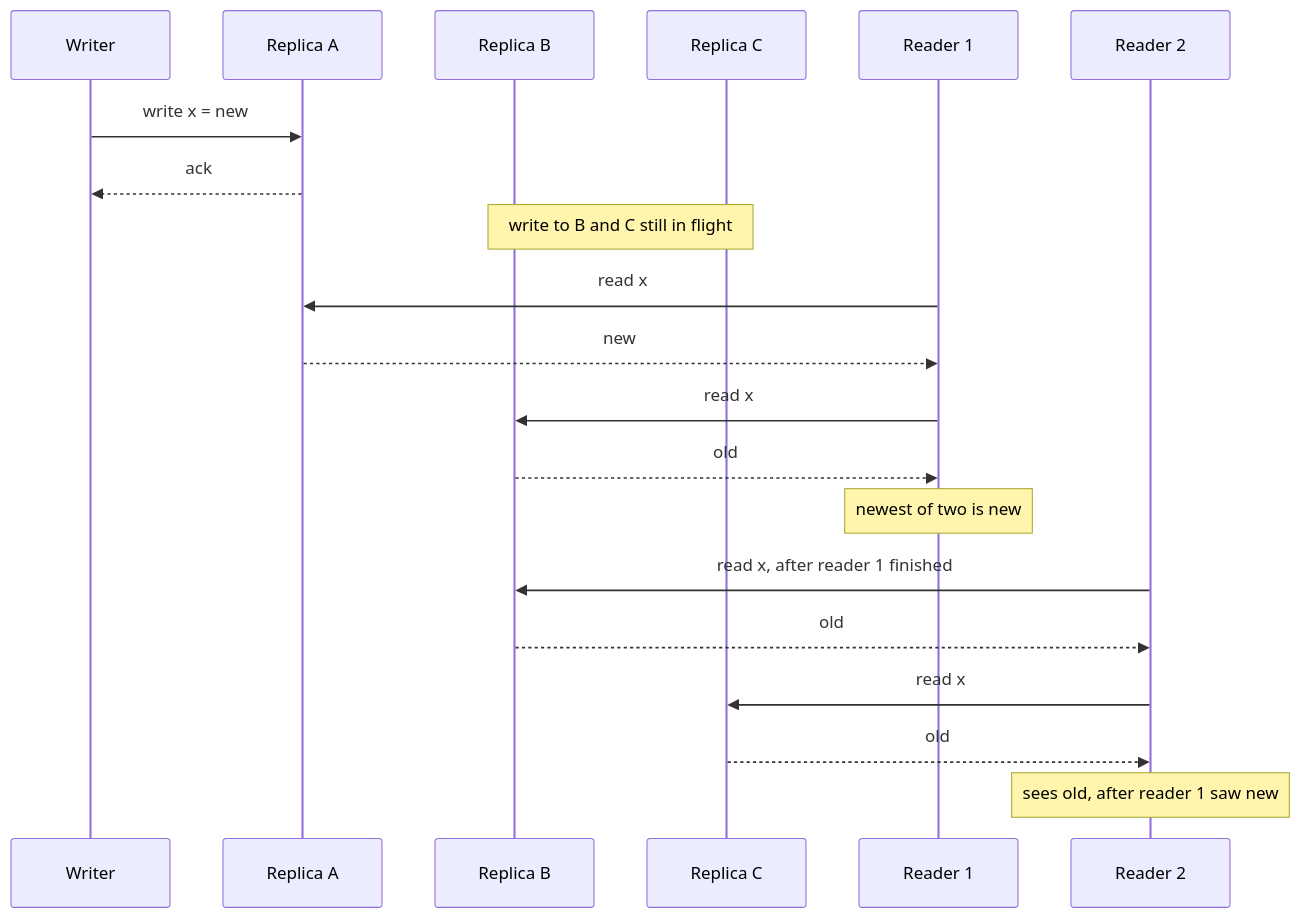
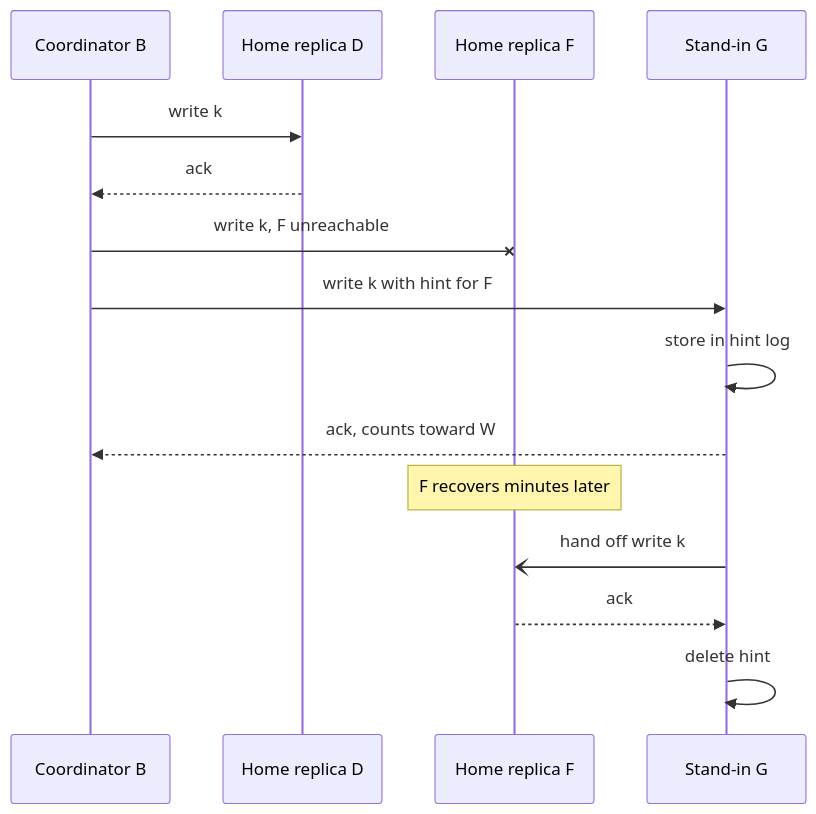
One commit to Sampath1-1-1/System-Design changed the diagram in diagrams/ch27/fig-27-08.mmd. Above: the diagram before and after it, drawn with Mermaid. The commit also changed 9 other files, not shown here.

```diff
--- a/diagrams/ch27/fig-27-08.mmd
+++ b/diagrams/ch27/fig-27-08.mmd
@@ -1,21 +1,16 @@
-%% Figure 27.8 — R = W = 2, N = 3, and a read that goes back in time
+%% Figure 27.8 — A sloppy quorum write and later handoff
 sequenceDiagram
-  participant W as Writer
-  participant A as Replica A
-  participant B as Replica B
-  participant C as Replica C
-  participant R1 as Reader 1
-  participant R2 as Reader 2
-  W->>A: write x = new
-  A-->>W: ack
-  Note over B,C: write to B and C still in flight
-  R1->>A: read x
-  A-->>R1: new
-  R1->>B: read x
-  B-->>R1: old
-  Note over R1: newest of two is new
-  R2->>B: read x, after reader 1 finished
-  B-->>R2: old
-  R2->>C: read x
-  C-->>R2: old
-  Note over R2: sees old, after reader 1 saw new
+  participant CO as Coordinator B
+  participant D as Home replica D
+  participant F as Home replica F
+  participant G as Stand-in G
+  CO->>D: write k
+  D-->>CO: ack
+  CO-xF: write k, F unreachable
+  CO->>G: write k with hint for F
+  G->>G: store in hint log
+  G-->>CO: ack, counts toward W
+  Note over F: F recovers minutes later
+  G-)F: hand off write k
+  F-->>G: ack
+  G->>G: delete hint
```
